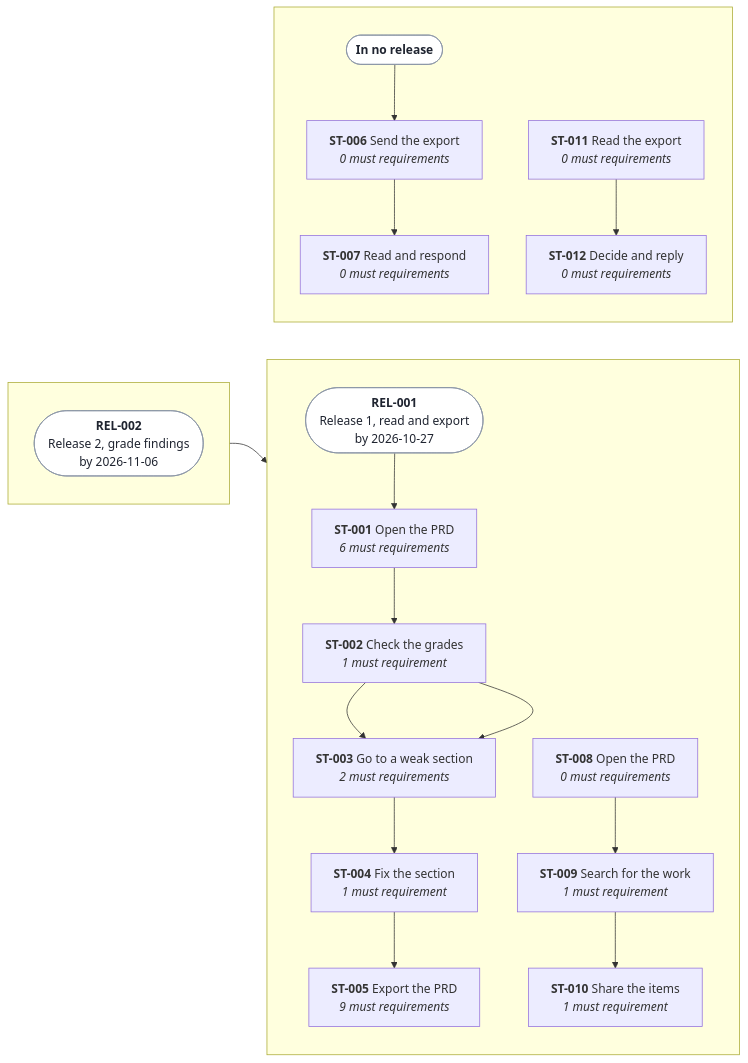
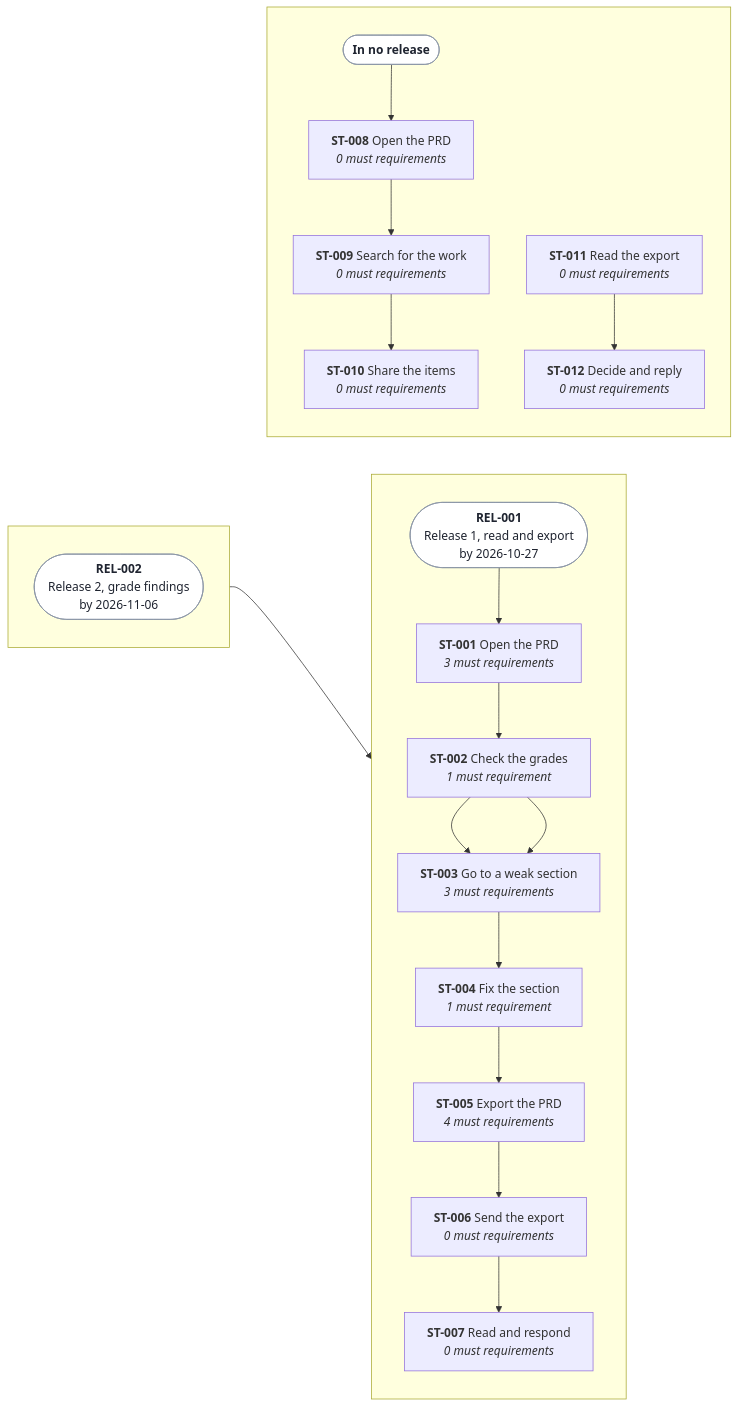
The diagram in docs/prd/prd-forge-viewer/diagrams/release-line.mmd (SpillwaveSolutions/prd-forge-viewer), drawn with Mermaid before and after one commit. The commit also changed 88 other files, not shown here.

```diff
--- a/docs/prd/prd-forge-viewer/diagrams/release-line.mmd
+++ b/docs/prd/prd-forge-viewer/diagrams/release-line.mmd
@@ -1,45 +1,46 @@
 %% Generated by prd-diagrams.mjs from the release plan front matter. Do not edit.
 %%{init: {"flowchart": {"wrappingWidth": 220}}}%%
 flowchart LR
   subgraph REL001[" "]
     direction TB
     REL001head(["<b>REL-001</b><br/>Release 1, read and export<br/>by 2026-10-27"])
     REL001head --> ST001
-    ST001["<b>ST-001</b> Open the PRD<br/><i>6 must requirements</i>"]
+    ST001["<b>ST-001</b> Open the PRD<br/><i>3 must requirements</i>"]
     ST002["<b>ST-002</b> Check the grades<br/><i>1 must requirement</i>"]
-    ST003["<b>ST-003</b> Go to a weak section<br/><i>2 must requirements</i>"]
+    ST003["<b>ST-003</b> Go to a weak section<br/><i>3 must requirements</i>"]
     ST004["<b>ST-004</b> Fix the section<br/><i>1 must requirement</i>"]
-    ST005["<b>ST-005</b> Export the PRD<br/><i>9 must requirements</i>"]
-    ST008["<b>ST-008</b> Open the PRD<br/><i>0 must requirements</i>"]
-    ST009["<b>ST-009</b> Search for the work<br/><i>1 must requirement</i>"]
-    ST010["<b>ST-010</b> Share the items<br/><i>1 must requirement</i>"]
+    ST005["<b>ST-005</b> Export the PRD<br/><i>4 must requirements</i>"]
+    ST006["<b>ST-006</b> Send the export<br/><i>0 must requirements</i>"]
+    ST007["<b>ST-007</b> Read and respond<br/><i>0 must requirements</i>"]
     ST001 --> ST002
     ST002 --> ST003
     ST003 --> ST004
     ST004 --> ST005
-    ST008 --> ST009
-    ST009 --> ST010
+    ST005 --> ST006
+    ST006 --> ST007
   end
   subgraph REL002[" "]
     direction TB
     REL002head(["<b>REL-002</b><br/>Release 2, grade findings<br/>by 2026-11-06"])
     REL002head --> ST002
     ST002["<b>ST-002</b> Check the grades<br/><i>1 must requirement</i>"]
-    ST003["<b>ST-003</b> Go to a weak section<br/><i>2 must requirements</i>"]
+    ST003["<b>ST-003</b> Go to a weak section<br/><i>3 must requirements</i>"]
     ST002 --> ST003
   end
   subgraph unplanned[" "]
     direction TB
     unplannedhead(["<b>In no release</b>"])
-    unplannedhead --> ST006
-    ST006["<b>ST-006</b> Send the export<br/><i>0 must requirements</i>"]
-    ST007["<b>ST-007</b> Read and respond<br/><i>0 must requirements</i>"]
+    unplannedhead --> ST008
+    ST008["<b>ST-008</b> Open the PRD<br/><i>0 must requirements</i>"]
+    ST009["<b>ST-009</b> Search for the work<br/><i>0 must requirements</i>"]
+    ST010["<b>ST-010</b> Share the items<br/><i>0 must requirements</i>"]
     ST011["<b>ST-011</b> Read the export<br/><i>0 must requirements</i>"]
     ST012["<b>ST-012</b> Decide and reply<br/><i>0 must requirements</i>"]
-    ST006 --> ST007
+    ST008 --> ST009
+    ST009 --> ST010
     ST011 --> ST012
   end
   REL001 ~~~ REL002
   REL002 ~~~ unplanned
   classDef head fill:#FFFFFF,stroke:#8A94A6,color:#1F2430
   class REL001head,REL002head,unplannedhead head
```
